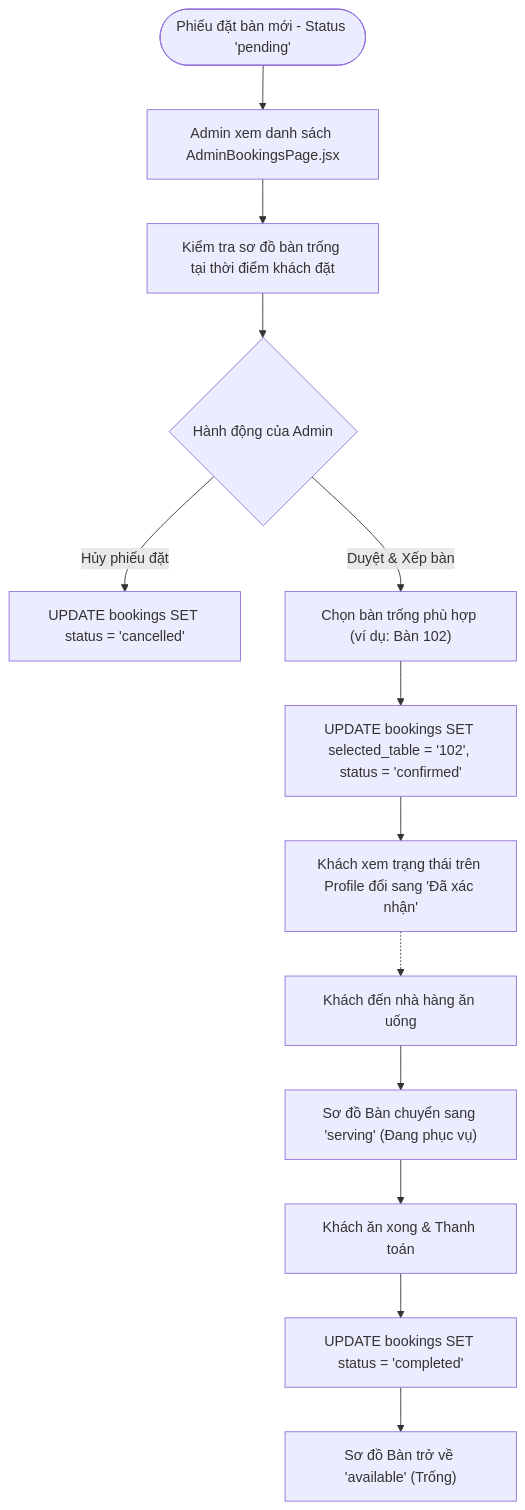
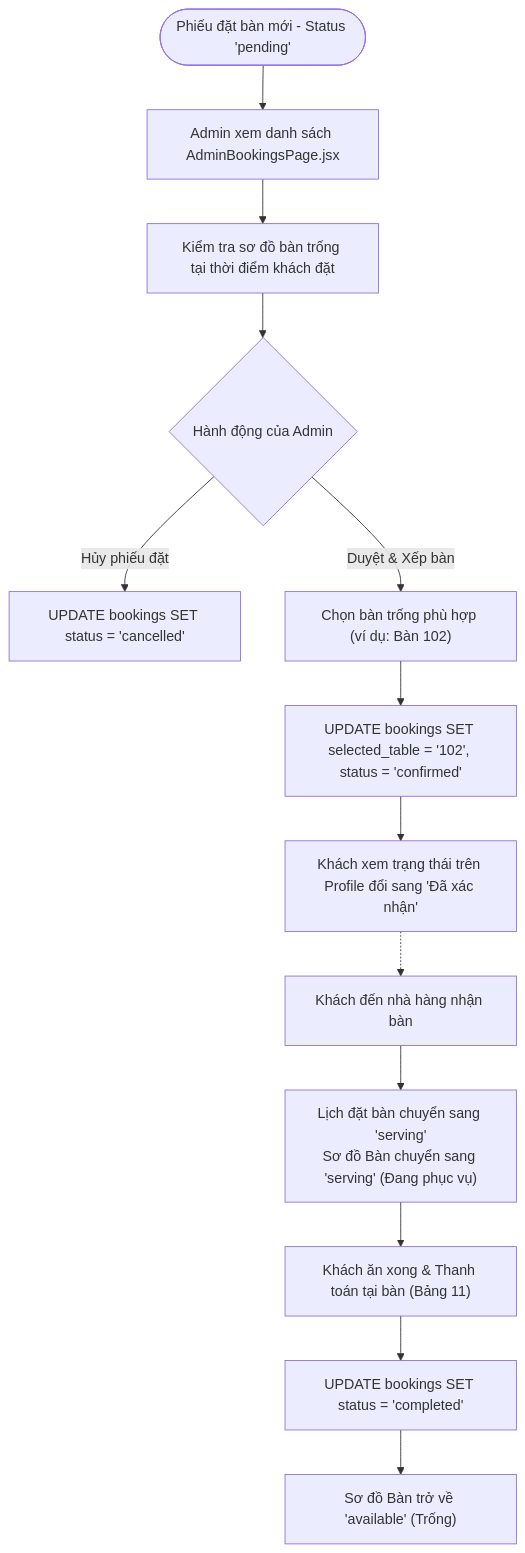
The eighth of 14 diagrams in docs/So_do_Cau_truc/So_do_cau_truc.md (dinhphu-3564/Restaurant-Management), drawn with Mermaid before and after one commit. The commit also changed other lines of this file and 6 other files, not shown here.

````diff
--- a/docs/So_do_Cau_truc/So_do_cau_truc.md
+++ b/docs/So_do_Cau_truc/So_do_cau_truc.md
@@ -236,20 +238,20 @@
 ```mermaid
 flowchart TD
     RecvBk([Phiếu đặt bàn mới - Status 'pending']) --> AdminView["Admin xem danh sách AdminBookingsPage.jsx"]
     AdminView --> CheckTableState["Kiểm tra sơ đồ bàn trống tại thời điểm khách đặt"]
     
     CheckTableState --> ActionDecide{"Hành động của Admin"}
     
     ActionDecide -- "Hủy phiếu đặt" --> CancelBk["UPDATE bookings SET status = 'cancelled'"]
     ActionDecide -- "Duyệt & Xếp bàn" --> SelectTable["Chọn bàn trống phù hợp (ví dụ: Bàn 102)"]
     
     SelectTable --> UpdateBk["UPDATE bookings SET selected_table = '102', status = 'confirmed'"]
     UpdateBk --> NotifyUser["Khách xem trạng thái trên Profile đổi sang 'Đã xác nhận'"]
     
-    NotifyUser -.-> KhachDen["Khách đến nhà hàng ăn uống"]
-    KhachDen --> TableOccupied["Sơ đồ Bàn chuyển sang 'serving' (Đang phục vụ)"]
-    TableOccupied --> FinishMeal["Khách ăn xong & Thanh toán"]
+    NotifyUser -.-> KhachDen["Khách đến nhà hàng nhận bàn"]
+    KhachDen --> TableOccupied["Lịch đặt bàn chuyển sang 'serving'<br>Sơ đồ Bàn chuyển sang 'serving' (Đang phục vụ)"]
+    TableOccupied --> FinishMeal["Khách ăn xong & Thanh toán tại bàn (Bảng 11)"]
     
     FinishMeal --> CompleteBk["UPDATE bookings SET status = 'completed'"]
     CompleteBk --> TableFree["Sơ đồ Bàn trở về 'available' (Trống)"]
 ```
````
